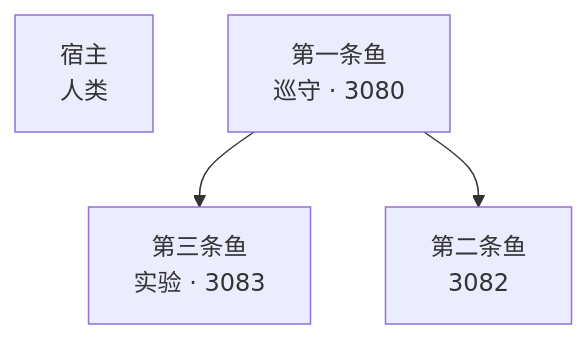
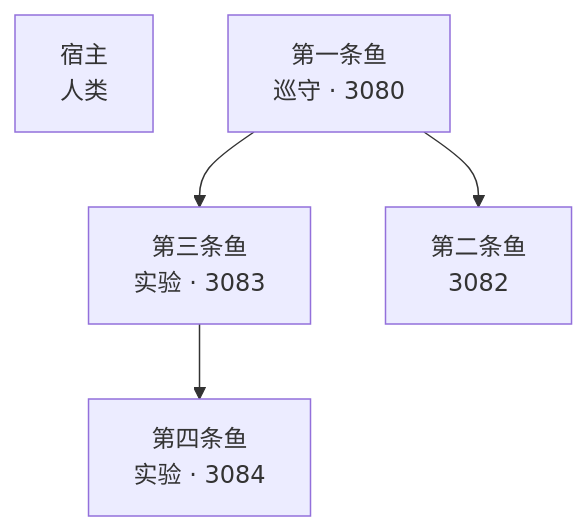
The diagram in docs/detail/鱼塘谱系.md (FabianActor/dsh-lil-whale), drawn with Mermaid before and after one commit. The commit also changed other lines of this file and 2 other files, not shown here.

````diff
--- a/docs/detail/鱼塘谱系.md
+++ b/docs/detail/鱼塘谱系.md
@@ -8,9 +10,11 @@
 ```mermaid
 graph TD
   fabian["宿主<br/>人类"]
   fishball["第三条鱼<br/>实验 · 3083"]
   lee["第一条鱼<br/>巡守 · 3080"]
   whale["第二条鱼<br/>3082"]
+  xiaoman["第四条鱼<br/>实验 · 3084"]
   lee --> fishball
   lee --> whale
+  fishball --> xiaoman
 ```
````
